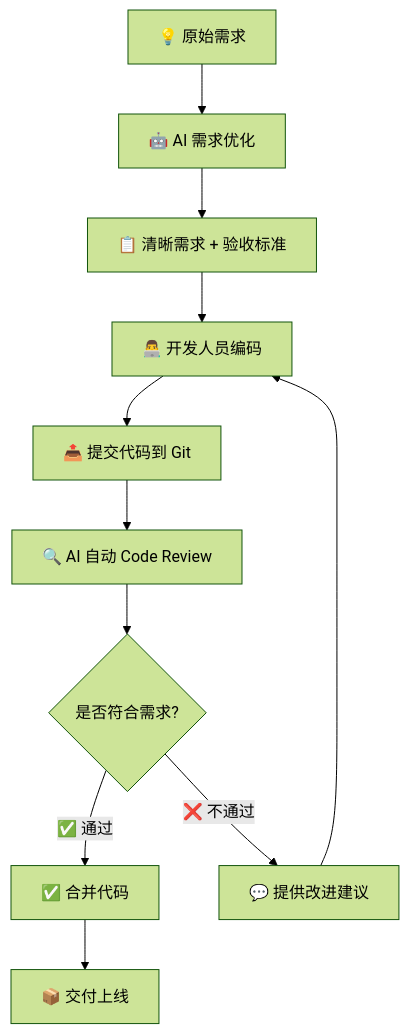
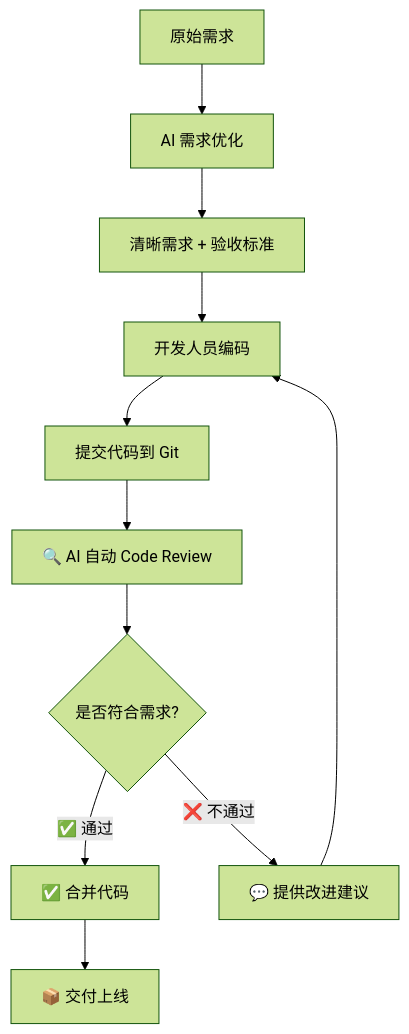
Before and after one commit to notechsolution/dev-flow: the diagram in DevFlow项目介绍PPT.md, drawn with Mermaid (forest theme). The commit also changed other lines of this file and 6 other files, not shown here.

````diff
--- a/DevFlow项目介绍PPT.md
+++ b/DevFlow项目介绍PPT.md
@@ -100,13 +85,13 @@
 ```mermaid
 graph TB
-    A[💡 原始需求] --> B[🤖 AI 需求优化]
-    B --> C[📋 清晰需求 + 验收标准]
-    C --> D[👨‍💻 开发人员编码]
-    D --> E[📤 提交代码到 Git]
+    A[原始需求] --> B[AI 需求优化]
+    B --> C[清晰需求 + 验收标准]
+    C --> D[开发人员编码]
+    D --> E[提交代码到 Git]
     E --> F[🔍 AI 自动 Code Review]
     F --> G{是否符合需求?}
     G -->|✅ 通过| H[✅ 合并代码]
     G -->|❌ 不通过| I[💬 提供改进建议]
     I --> D
     H --> J[📦 交付上线]
 ```
````
